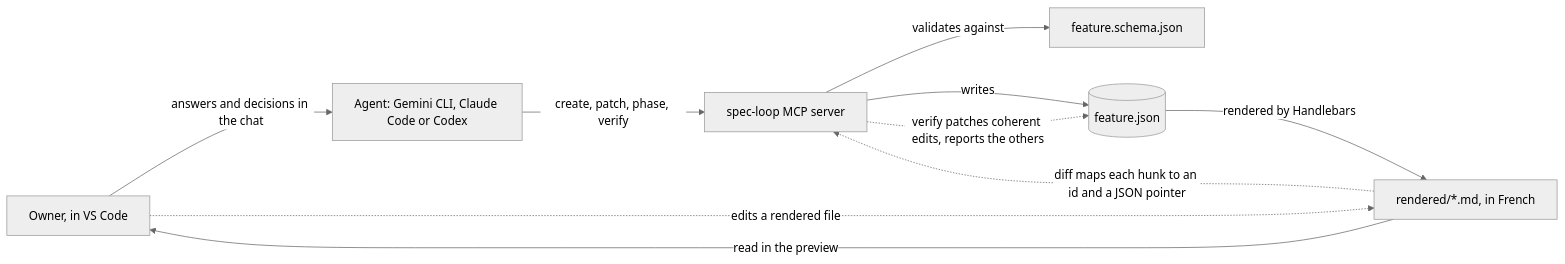
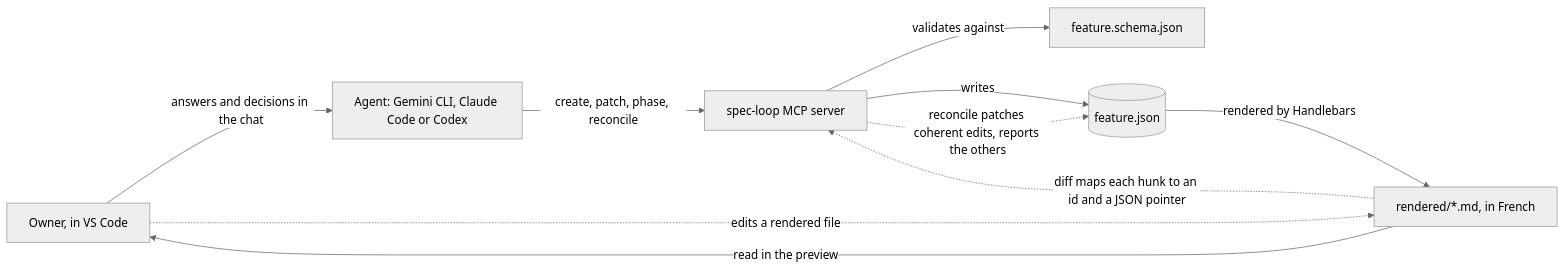
Before and after one commit to ng-galien/spec-loop: the first of 2 diagrams in README.md, drawn with Mermaid (neutral theme). The commit also changed other lines of this file and 29 other files, not shown here.

````diff
--- a/README.md
+++ b/README.md
@@ -5,18 +7,18 @@
 ```mermaid
 flowchart LR
   owner["Owner, in VS Code"]
   agent["Agent: Gemini CLI, Claude Code or Codex"]
   mcp["spec-loop MCP server"]
   schema["feature.schema.json"]
   json[("feature.json")]
   md["rendered/*.md, in French"]
   owner -- "answers and decisions in the chat" --> agent
-  agent -- "create, patch, phase, verify" --> mcp
+  agent -- "create, patch, phase, reconcile" --> mcp
   mcp -- "validates against" --> schema
   mcp -- "writes" --> json
   json -- "rendered by Handlebars" --> md
   md -- "read in the preview" --> owner
   owner -. "edits a rendered file" .-> md
   md -. "diff maps each hunk to an id and a JSON pointer" .-> mcp
-  mcp -. "verify patches coherent edits, reports the others" .-> json
+  mcp -. "reconcile patches coherent edits, reports the others" .-> json
 ```
````
